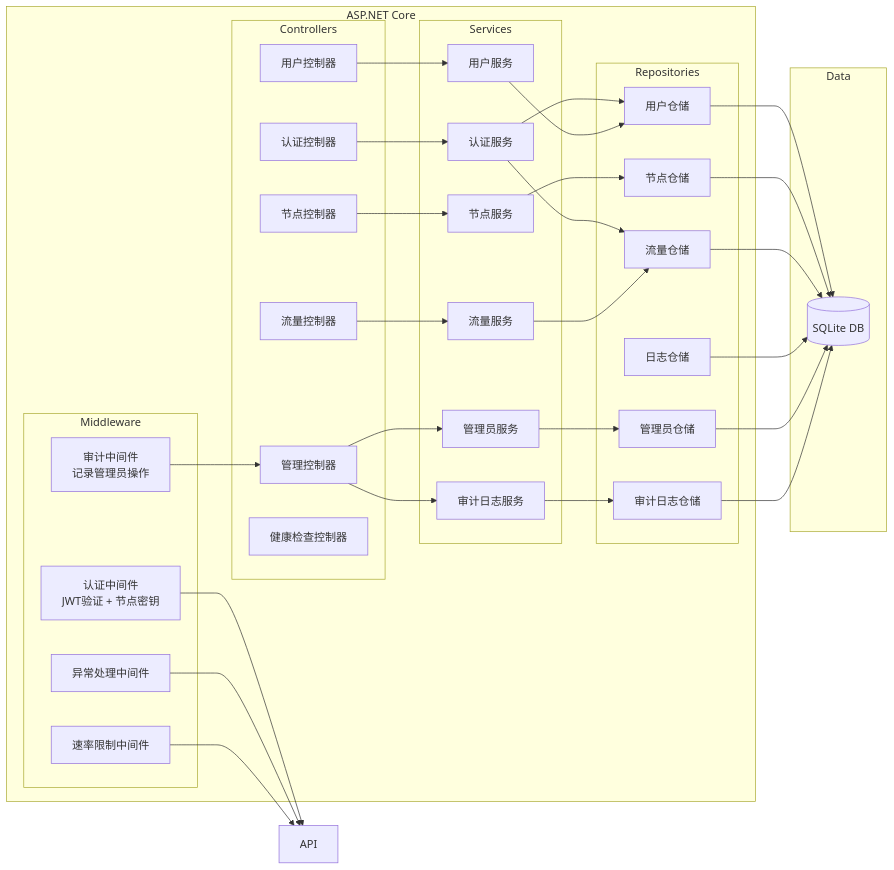
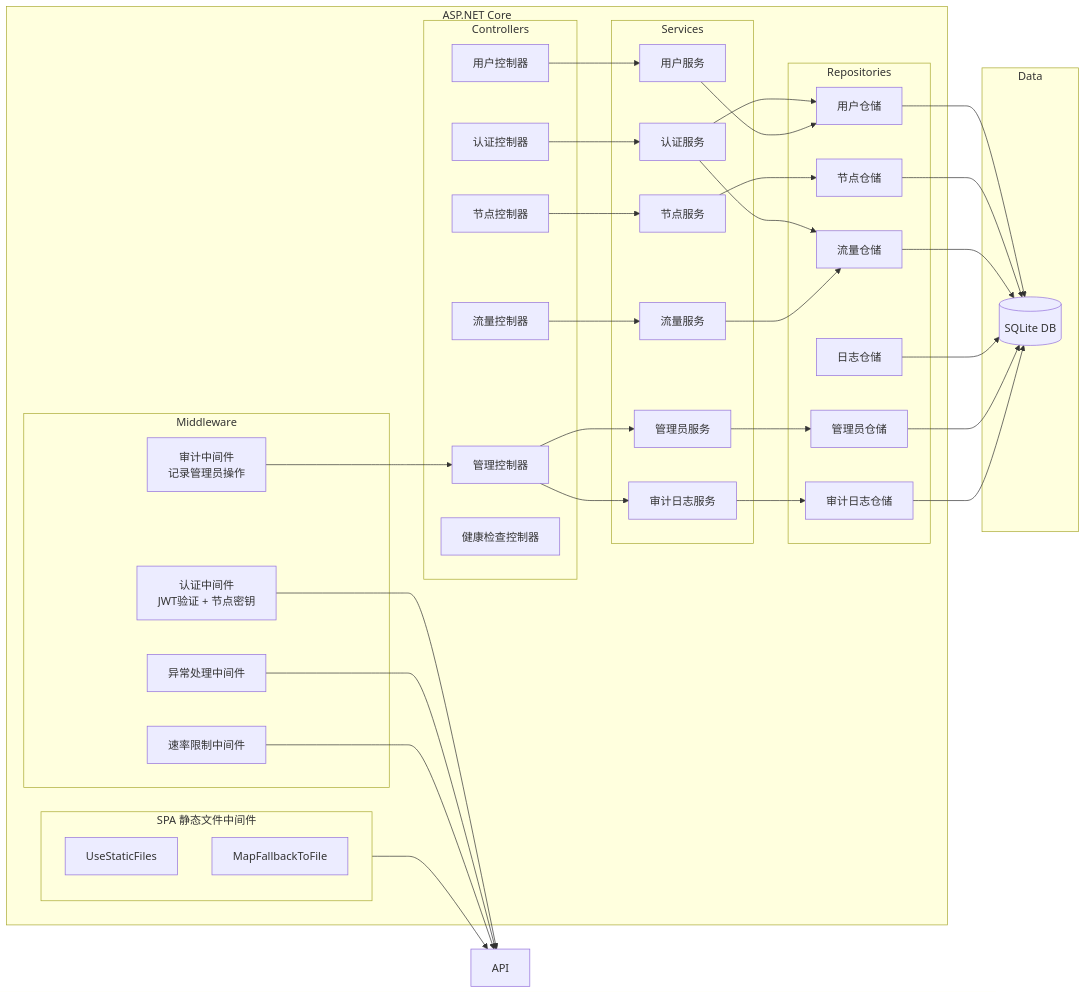
One commit to ShenHaiSu/hysteria-auth changed the second of 3 diagrams in document/architect/system-architecture.md. Above: the diagram before and after it, drawn with Mermaid. The commit also changed other lines of this file and 6 other files, not shown here.

````diff
--- a/document/architect/system-architecture.md
+++ b/document/architect/system-architecture.md
@@ -90,69 +92,75 @@
 ```mermaid
 graph LR
     subgraph ASP.NET Core
         subgraph Controllers
             AuthCtrl[认证控制器]
             UserCtrl[用户控制器]
             NodeCtrl[节点控制器]
             AdminCtrl[管理控制器]
             TrafficCtrl[流量控制器]
             HealthCtrl[健康检查控制器]
         end
 
         subgraph Services
             AuthService[认证服务]
             UserService[用户服务]
             NodeService[节点服务]
             TrafficService[流量服务]
             AdminService[管理员服务]
             AuditService[审计日志服务]
         end
 
         subgraph Repositories
             UserRepo[用户仓储]
             NodeRepo[节点仓储]
             TrafficRepo[流量仓储]
             LogRepo[日志仓储]
             AdminRepo[管理员仓储]
             AuditLogRepo[审计日志仓储]
         end
 
         subgraph Middleware
             AuthMW[认证中间件<br/>JWT验证 + 节点密钥]
             ExceptionMW[异常处理中间件]
             RateLimitMW[速率限制中间件]
             AuditMW[审计中间件<br/>记录管理员操作]
         end
+
+        subgraph SPA_MW[SPA 静态文件中间件]
+            StaticFiles[UseStaticFiles]
+            Fallback[MapFallbackToFile]
+        end
     end
 
     subgraph Data
         SQLite[(SQLite DB)]
     end
 
     AuthCtrl --> AuthService
     UserCtrl --> UserService
     NodeCtrl --> NodeService
     TrafficCtrl --> TrafficService
     AdminCtrl --> AdminService
     AdminCtrl --> AuditService
 
     AuthService --> UserRepo
     AuthService --> TrafficRepo
     UserService --> UserRepo
     NodeService --> NodeRepo
     TrafficService --> TrafficRepo
     AdminService --> AdminRepo
     AuditService --> AuditLogRepo
 
     UserRepo --> SQLite
     NodeRepo --> SQLite
     TrafficRepo --> SQLite
     LogRepo --> SQLite
     AdminRepo --> SQLite
     AuditLogRepo --> SQLite
 
     AuthMW --> API
     ExceptionMW --> API
     RateLimitMW --> API
     AuditMW --> AdminCtrl
+    SPA_MW --> API
 ```
````
